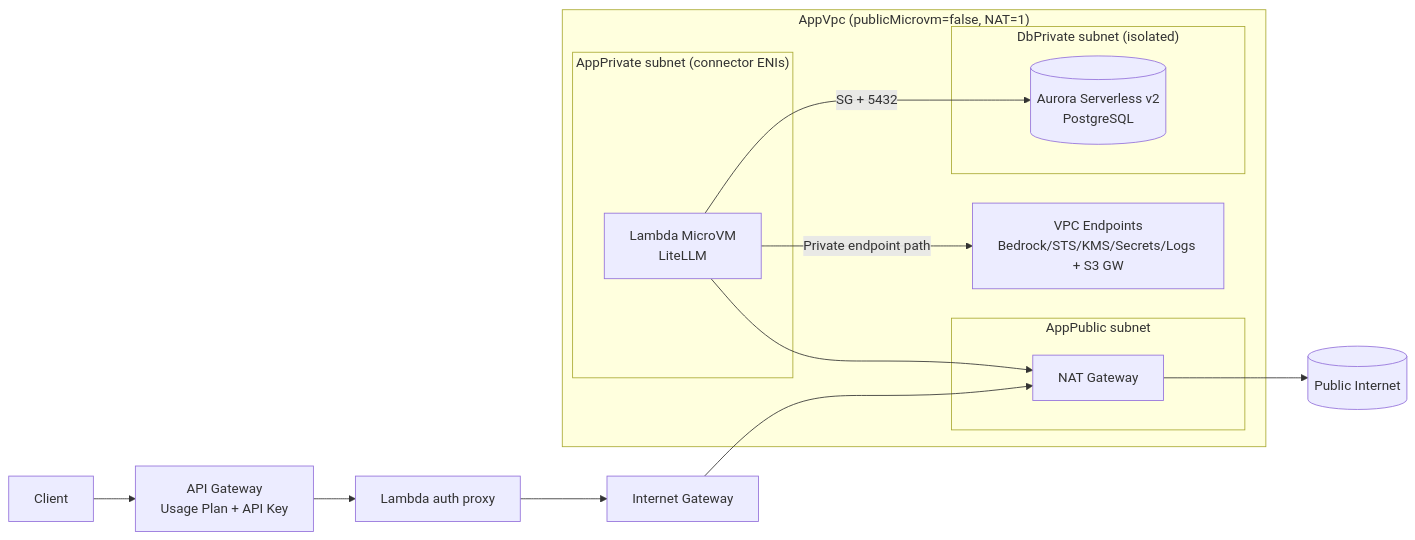
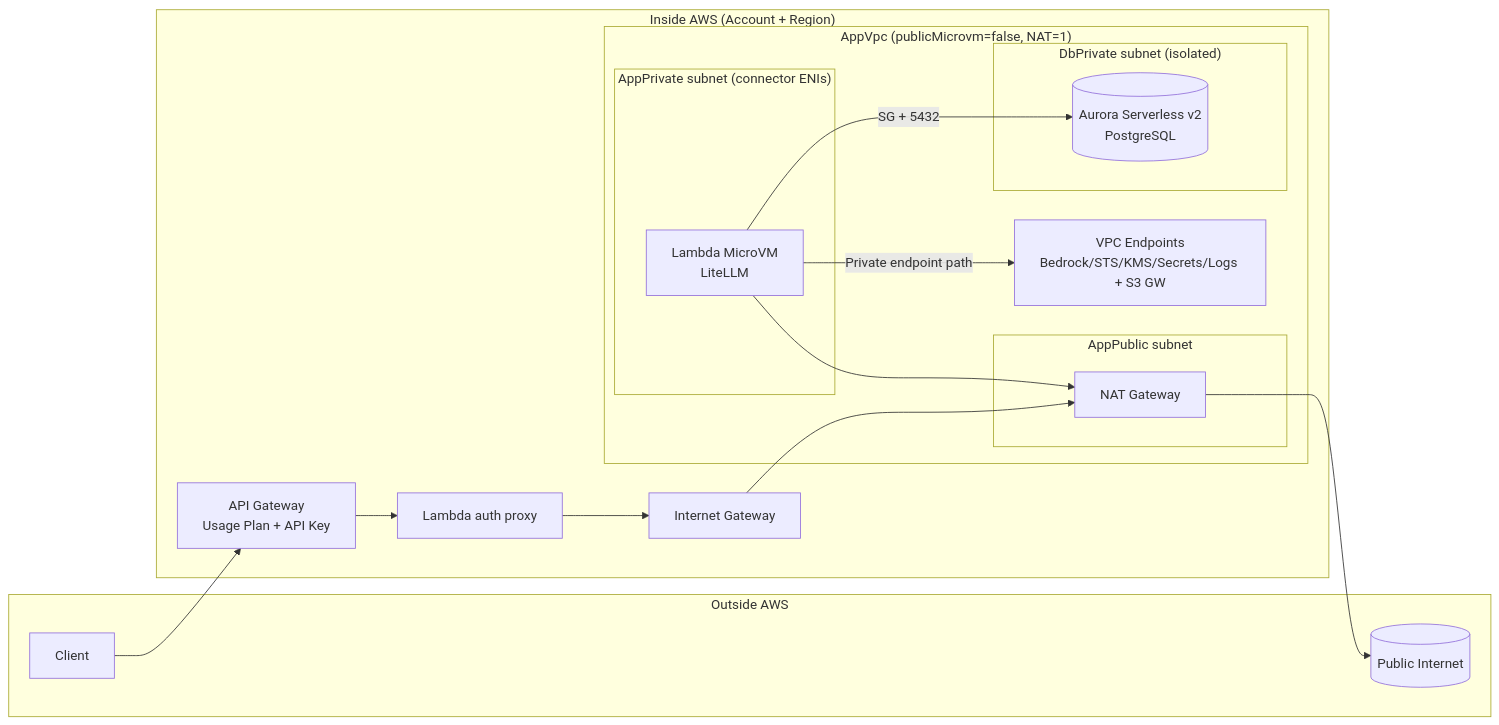
Before and after one commit to wongcyrus/litellm-aws-lambda-microvm-serverless: the second of 3 diagrams in README.md, drawn with Mermaid. The commit also changed other lines of this file, not shown here.

Commit message:
Add Inside/Outside AWS boundaries to diagrams

````diff
--- a/README.md
+++ b/README.md
@@ -42,32 +43,32 @@
 ```mermaid
 flowchart LR
-  C[Client]
-  APIGW[API Gateway<br/>Usage Plan + API Key]
-  Proxy[Lambda auth proxy]
-  Internet[(Public Internet)]
-  IGW[Internet Gateway]
-  MicroVM[Lambda MicroVM<br/>LiteLLM]
-  Aurora[(Aurora Serverless v2<br/>PostgreSQL)]
-  VPCE[VPC Endpoints<br/>Bedrock/STS/KMS/Secrets/Logs + S3 GW]
-  NAT[NAT Gateway]
+  subgraph OUT2["Outside AWS"]
+    C[Client]
+    Internet[(Public Internet)]
+  end
+
+  subgraph AWS2["Inside AWS (Account + Region)"]
+    APIGW[API Gateway<br/>Usage Plan + API Key]
+    Proxy[Lambda auth proxy]
+    IGW[Internet Gateway]
+
+    subgraph VPC2["AppVpc (publicMicrovm=false, NAT=1)"]
+      subgraph APPPRIV["AppPrivate subnet (connector ENIs)"]
+        MicroVM[Lambda MicroVM<br/>LiteLLM]
+      end
+      subgraph APPPUB2["AppPublic subnet"]
+        NAT[NAT Gateway]
+      end
+      subgraph DBPRIV2["DbPrivate subnet (isolated)"]
+        Aurora[(Aurora Serverless v2<br/>PostgreSQL)]
+      end
+      VPCE[VPC Endpoints<br/>Bedrock/STS/KMS/Secrets/Logs + S3 GW]
+    end
+  end
 
   C --> APIGW --> Proxy --> IGW
   IGW --> NAT
-
-  subgraph VPC2["AppVpc (publicMicrovm=false, NAT=1)"]
-    subgraph APPPRIV["AppPrivate subnet (connector ENIs)"]
-      MicroVM
-    end
-    subgraph APPPUB2["AppPublic subnet"]
-      NAT
-    end
-    subgraph DBPRIV2["DbPrivate subnet (isolated)"]
-      Aurora
-    end
-    VPCE
-  end
-
   MicroVM -->|SG + 5432| Aurora
   MicroVM -->|Private endpoint path| VPCE
   MicroVM --> NAT --> Internet
 ```
````
